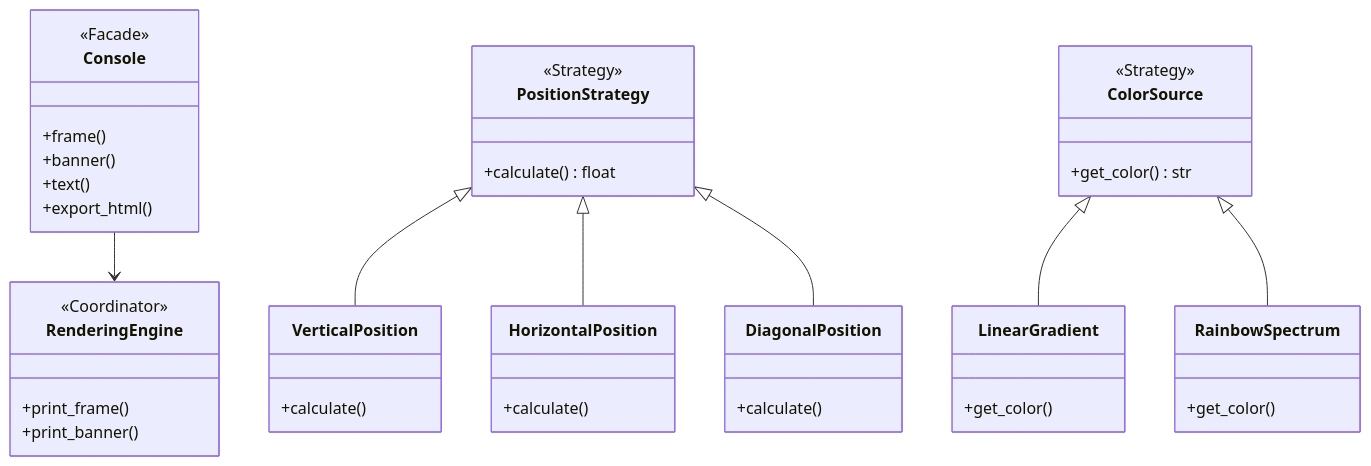
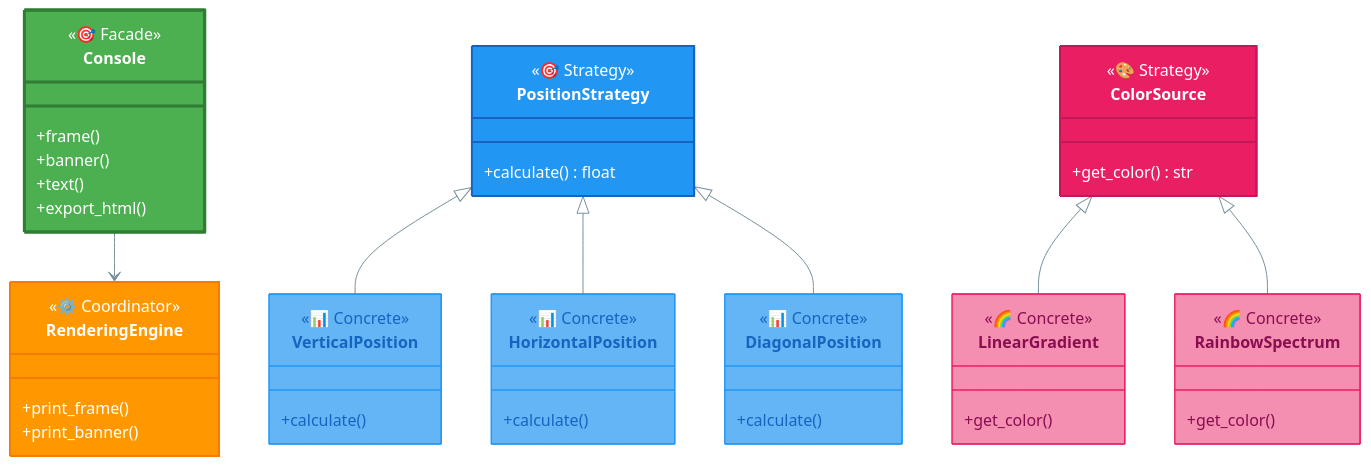
Before and after one commit to ksokolowski/StyledConsole: the fourth of 11 diagrams in docs/DEVELOPER_GUIDE.md, drawn with Mermaid. The commit also changed other lines of this file, not shown here.

Commit message:
docs: enhance Mermaid diagrams with colors, emojis, and Material Design styling

````diff
--- a/docs/DEVELOPER_GUIDE.md
+++ b/docs/DEVELOPER_GUIDE.md
@@ -126,53 +147,71 @@
 ```mermaid
+%%{init: {'theme': 'base', 'themeVariables': { 'primaryColor': '#E3F2FD', 'lineColor': '#78909C'}}}%%
 classDiagram
+    direction TB
+
     class Console {
-        <<Facade>>
+        <<🎯 Facade>>
         +frame()
         +banner()
         +text()
         +export_html()
     }
 
     class RenderingEngine {
-        <<Coordinator>>
+        <<⚙️ Coordinator>>
         +print_frame()
         +print_banner()
     }
 
     class PositionStrategy {
-        <<Strategy>>
+        <<🎯 Strategy>>
         +calculate() float
     }
 
     class VerticalPosition {
+        <<📊 Concrete>>
         +calculate()
     }
 
     class HorizontalPosition {
+        <<📊 Concrete>>
         +calculate()
     }
 
     class DiagonalPosition {
+        <<📊 Concrete>>
         +calculate()
     }
 
     class ColorSource {
-        <<Strategy>>
+        <<🎨 Strategy>>
         +get_color() str
     }
 
     class LinearGradient {
+        <<🌈 Concrete>>
         +get_color()
     }
 
     class RainbowSpectrum {
+        <<🌈 Concrete>>
         +get_color()
     }
 
     Console --> RenderingEngine
     PositionStrategy <|-- VerticalPosition
     PositionStrategy <|-- HorizontalPosition
     PositionStrategy <|-- DiagonalPosition
     ColorSource <|-- LinearGradient
     ColorSource <|-- RainbowSpectrum
+
+    style Console fill:#4CAF50,color:#fff,stroke:#2E7D32,stroke-width:3px
+    style RenderingEngine fill:#FF9800,color:#fff,stroke:#F57C00,stroke-width:2px
+    style PositionStrategy fill:#2196F3,color:#fff,stroke:#1565C0,stroke-width:2px
+    style ColorSource fill:#E91E63,color:#fff,stroke:#C2185B,stroke-width:2px
+    style VerticalPosition fill:#64B5F6,color:#1565C0,stroke:#2196F3
+    style HorizontalPosition fill:#64B5F6,color:#1565C0,stroke:#2196F3
+    style DiagonalPosition fill:#64B5F6,color:#1565C0,stroke:#2196F3
+    style LinearGradient fill:#F48FB1,color:#880E4F,stroke:#E91E63
+    style RainbowSpectrum fill:#F48FB1,color:#880E4F,stroke:#E91E63
 ```
````
